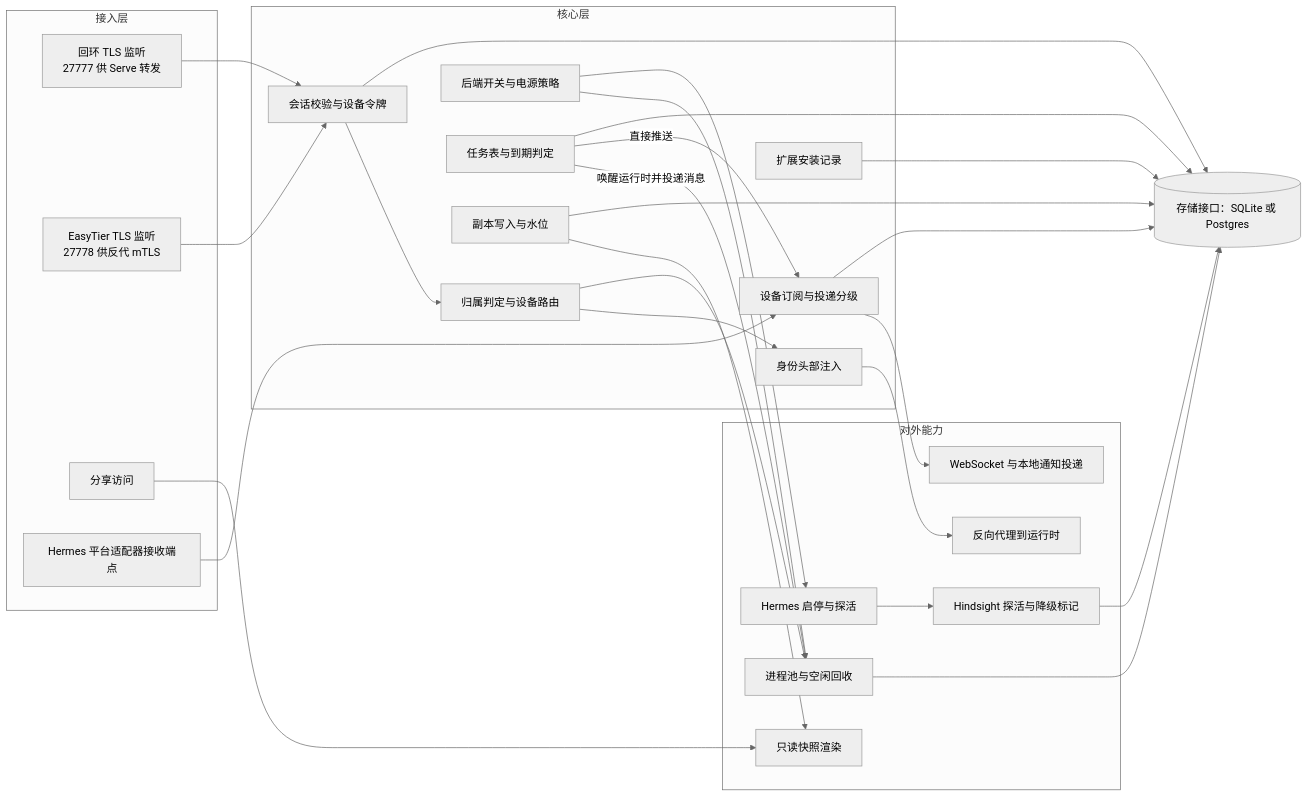
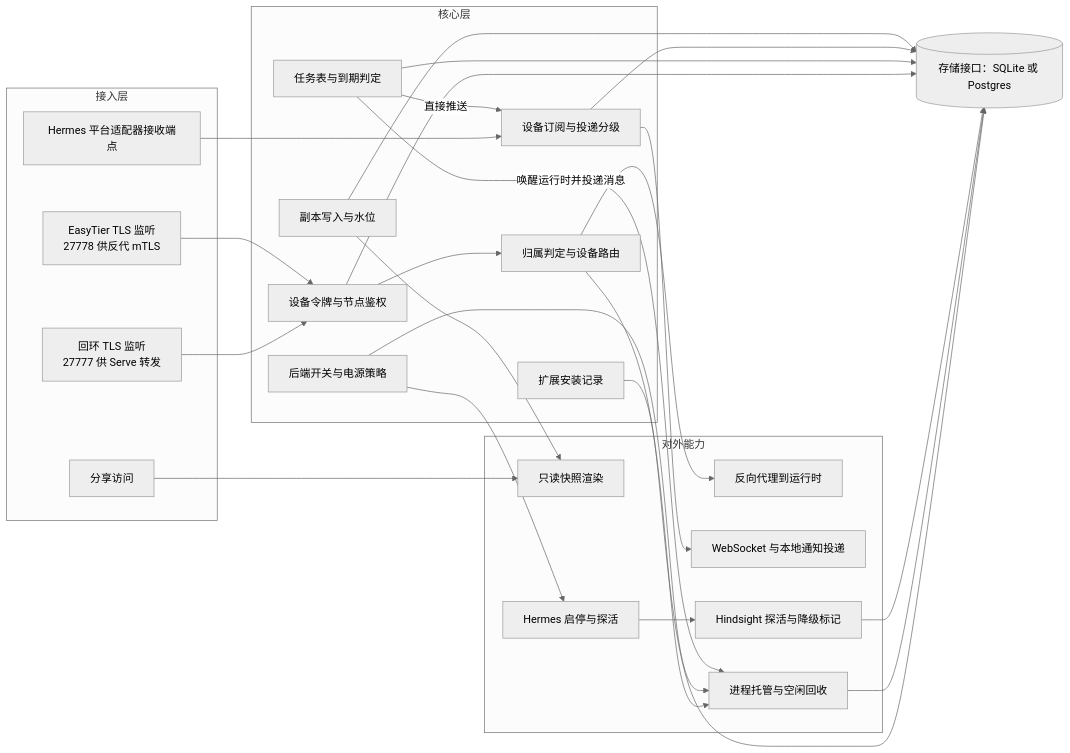
Before and after one commit to wenzetan/chatdsh: the second of 17 diagrams in runtime/docs/architecture-diagram.md, drawn with Mermaid (neutral theme). The commit also changed other lines of this file and 144 other files, not shown here.

````diff
--- a/runtime/docs/architecture-diagram.md
+++ b/runtime/docs/architecture-diagram.md
@@ -77,50 +75,48 @@
 ```mermaid
 flowchart LR
   subgraph ENTRY["接入层"]
     TLS1["回环 TLS 监听<br/>27777 供 Serve 转发"]
     TLS2["EasyTier TLS 监听<br/>27778 供反代 mTLS"]
     SHAREIN["分享访问"]
     HIN["Hermes 平台适配器接收端点"]
   end
   subgraph CORE["核心层"]
-    AUTH["会话校验与设备令牌"]
+    AUTH["设备令牌与节点鉴权"]
     ROUTE["归属判定与设备路由"]
-    IDINJ["身份头部注入"]
     SW["后端开关与电源策略"]
     SCHED["任务表与到期判定"]
     DELIV["设备订阅与投递分级"]
     SYNCW["副本写入与水位"]
     EXTW["扩展安装记录"]
   end
   subgraph OUT["对外能力"]
     PROXY2["反向代理到运行时"]
     PUSHW["WebSocket 与本地通知投递"]
     SHAREV["只读快照渲染"]
-    POOLW["进程池与空闲回收"]
+    POOLW["进程托管与空闲回收"]
     HERMW["Hermes 启停与探活"]
     HINW["Hindsight 探活与降级标记"]
   end
   STORE[("存储接口：SQLite 或 Postgres")]
   TLS1 --> AUTH
   TLS2 --> AUTH
   SHAREIN --> SHAREV
   HIN --> DELIV
   AUTH --> ROUTE
-  ROUTE --> IDINJ
+  ROUTE --> PROXY2
   ROUTE --> POOLW
-  IDINJ --> PROXY2
   SW --> POOLW
   SW --> HERMW
   SCHED -->|"唤醒运行时并投递消息"| POOLW
   SCHED -->|"直接推送"| DELIV
   DELIV --> PUSHW
   SYNCW --> SHAREV
   EXTW --> STORE
   POOLW --> STORE
   HERMW --> HINW
   HINW --> STORE
   AUTH --> STORE
   SCHED --> STORE
   DELIV --> STORE
   SYNCW --> STORE
 ```
````
